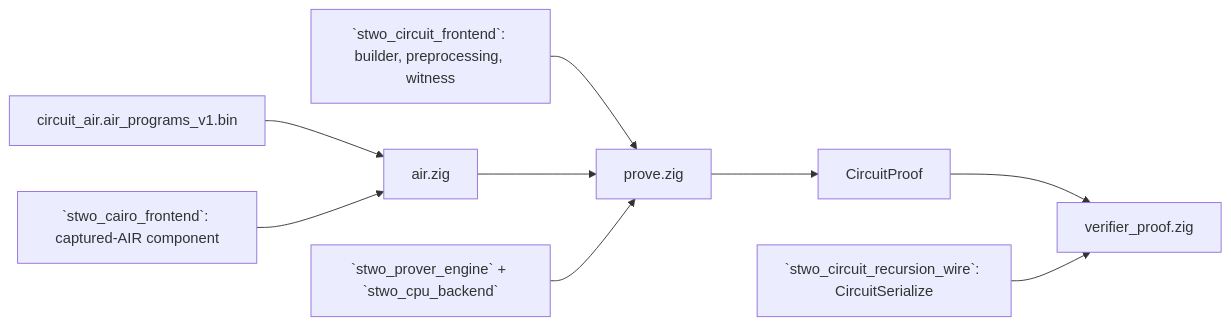
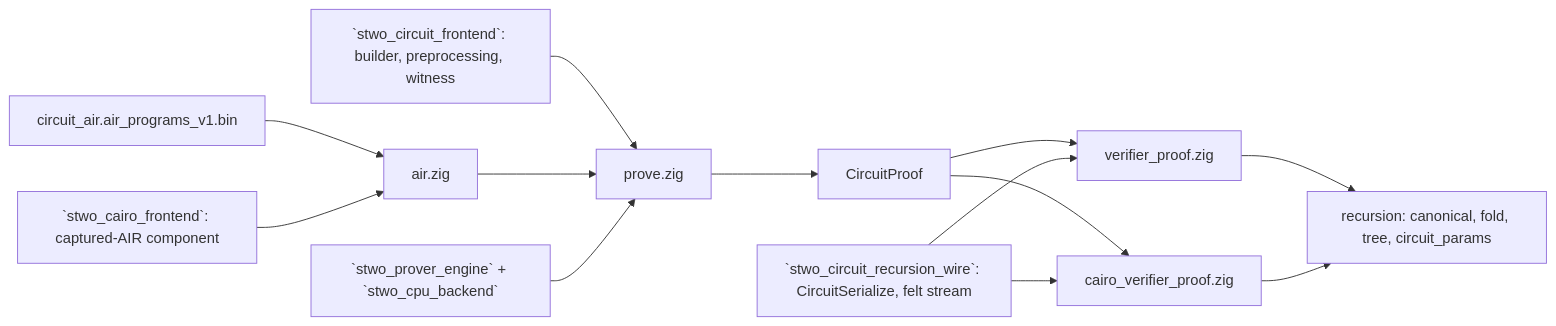
One commit to teddyjfpender/stwo-zig changed the diagram in src/integrations/circuit_cpu/README.md. Above: the diagram before and after it, drawn with Mermaid. The commit also changed other lines of this file and 29 other files, not shown here.

First line of the commit message:
feat(circuit-cpu): fold tree, root felt stream and registry generation (recursion M9)

````diff
--- a/src/integrations/circuit_cpu/README.md
+++ b/src/integrations/circuit_cpu/README.md
@@ -27,11 +30,15 @@
 ```mermaid
 flowchart LR
     Circuit[`stwo_circuit_frontend`: builder, preprocessing, witness] --> Prove[prove.zig]
     Bundle[circuit_air.air_programs_v1.bin] --> Air[air.zig]
     Cairo[`stwo_cairo_frontend`: captured-AIR component] --> Air
     Air --> Prove
     Engine[`stwo_prover_engine` + `stwo_cpu_backend`] --> Prove
     Prove --> Proof[CircuitProof]
     Proof --> VerifierProof[verifier_proof.zig]
-    Wire[`stwo_circuit_recursion_wire`: CircuitSerialize] --> VerifierProof
+    Proof --> CairoProof[cairo_verifier_proof.zig]
+    Wire[`stwo_circuit_recursion_wire`: CircuitSerialize, felt stream] --> VerifierProof
+    Wire --> CairoProof
+    VerifierProof --> Recursion[recursion: canonical, fold, tree, circuit_params]
+    CairoProof --> Recursion
 ```
````
